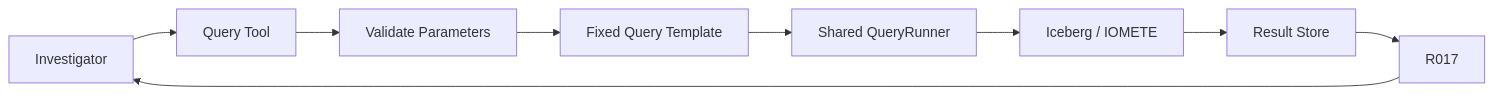
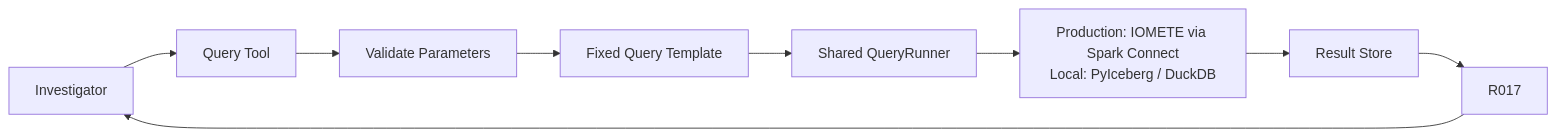
Before and after one commit to neelati-jayanth-sai/smart-table-analyzer-v3: the fourth of 8 diagrams in Architecture.md, drawn with Mermaid. The commit also changed other lines of this file and 1 other file, not shown here.

Commit message:
Clarify IOMETE Spark Connect production access

````diff
--- a/Architecture.md
+++ b/Architecture.md
@@ -510,11 +510,11 @@
 ```mermaid
 flowchart LR
     A[Investigator] --> T[Query Tool]
     T --> P[Validate Parameters]
     P --> Q[Fixed Query Template]
     Q --> R[Shared QueryRunner]
-    R --> DB[Iceberg / IOMETE]
+    R --> DB[Production: IOMETE via Spark Connect<br/>Local: PyIceberg / DuckDB]
     DB --> S[Result Store]
     S --> ID[R017]
     ID --> A
 ```
````
